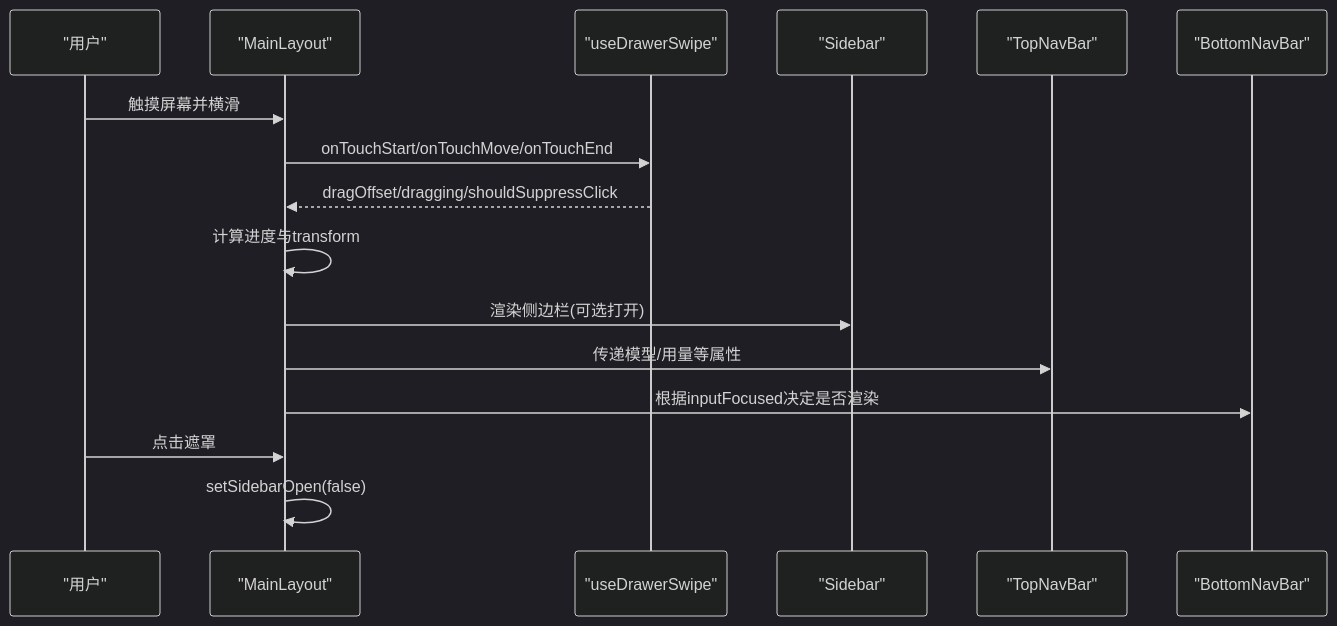
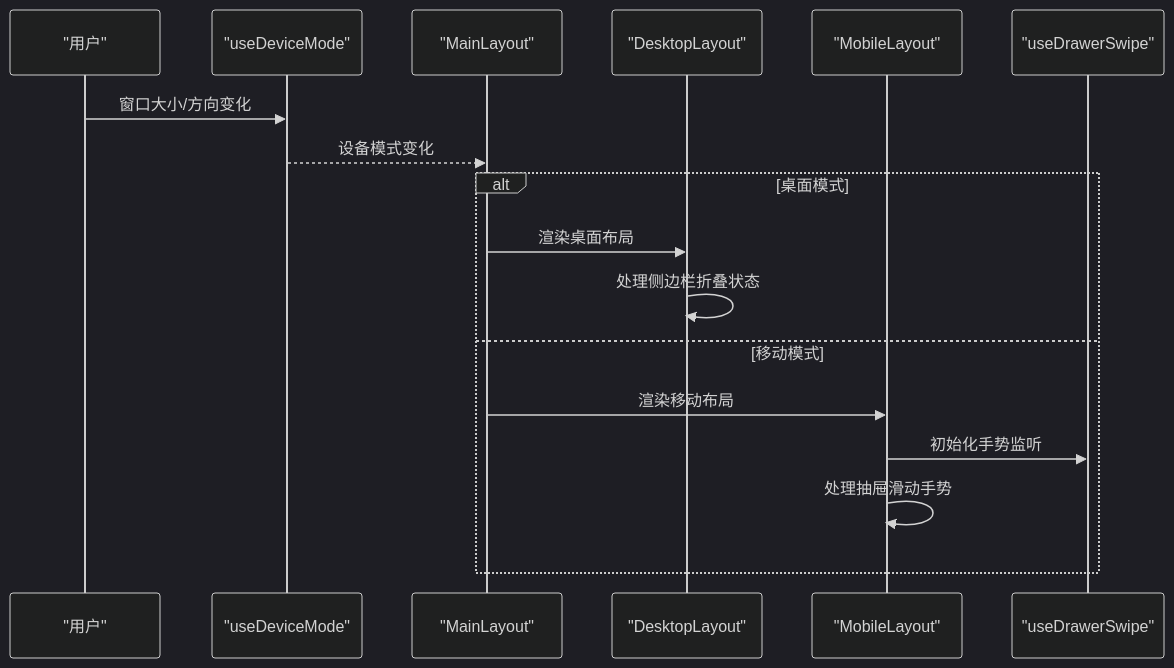
The second of 4 diagrams in .qoder/repowiki/zh/content/核心组件/主布局组件 MainLayout.md (billye220670/AIShop), drawn with Mermaid (dark theme) before and after one commit. The commit also changed other lines of this file and 99 other files, not shown here.

````diff
--- a/.qoder/repowiki/zh/content/核心组件/主布局组件 MainLayout.md
+++ b/.qoder/repowiki/zh/content/核心组件/主布局组件 MainLayout.md
@@ -79,18 +95,19 @@
 ```mermaid
 sequenceDiagram
 participant U as "用户"
+participant DM as "useDeviceMode"
 participant ML as "MainLayout"
+participant DL as "DesktopLayout"
+participant MML as "MobileLayout"
 participant SW as "useDrawerSwipe"
-participant SB as "Sidebar"
-participant TN as "TopNavBar"
-participant BN as "BottomNavBar"
-U->>ML : 触摸屏幕并横滑
-ML->>SW : onTouchStart/onTouchMove/onTouchEnd
-SW-->>ML : dragOffset/dragging/shouldSuppressClick
-ML->>ML : 计算进度与transform
-ML->>SB : 渲染侧边栏(可选打开)
-ML->>TN : 传递模型/用量等属性
-ML->>BN : 根据inputFocused决定是否渲染
-U->>ML : 点击遮罩
-ML->>ML : setSidebarOpen(false)
+U->>DM : 窗口大小/方向变化
+DM-->>ML : 设备模式变化
+alt 桌面模式
+ML->>DL : 渲染桌面布局
+DL->>DL : 处理侧边栏折叠状态
+else 移动模式
+ML->>MML : 渲染移动布局
+MML->>SW : 初始化手势监听
+MML->>MML : 处理抽屉滑动手势
+end
 ```
````
